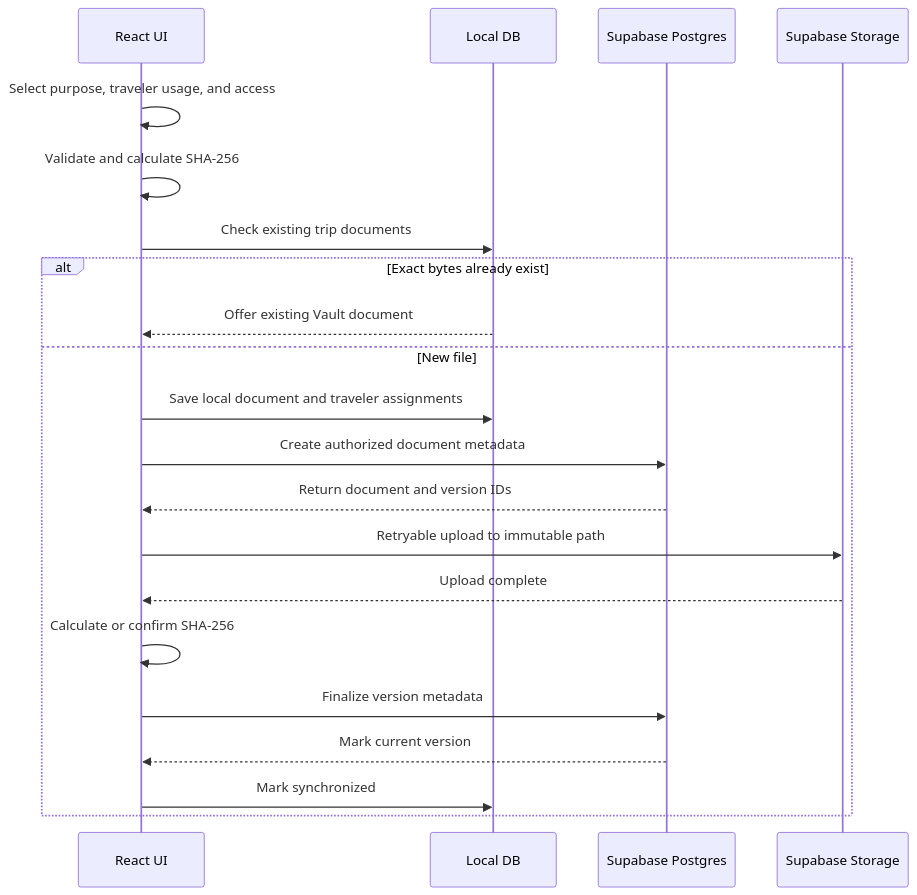
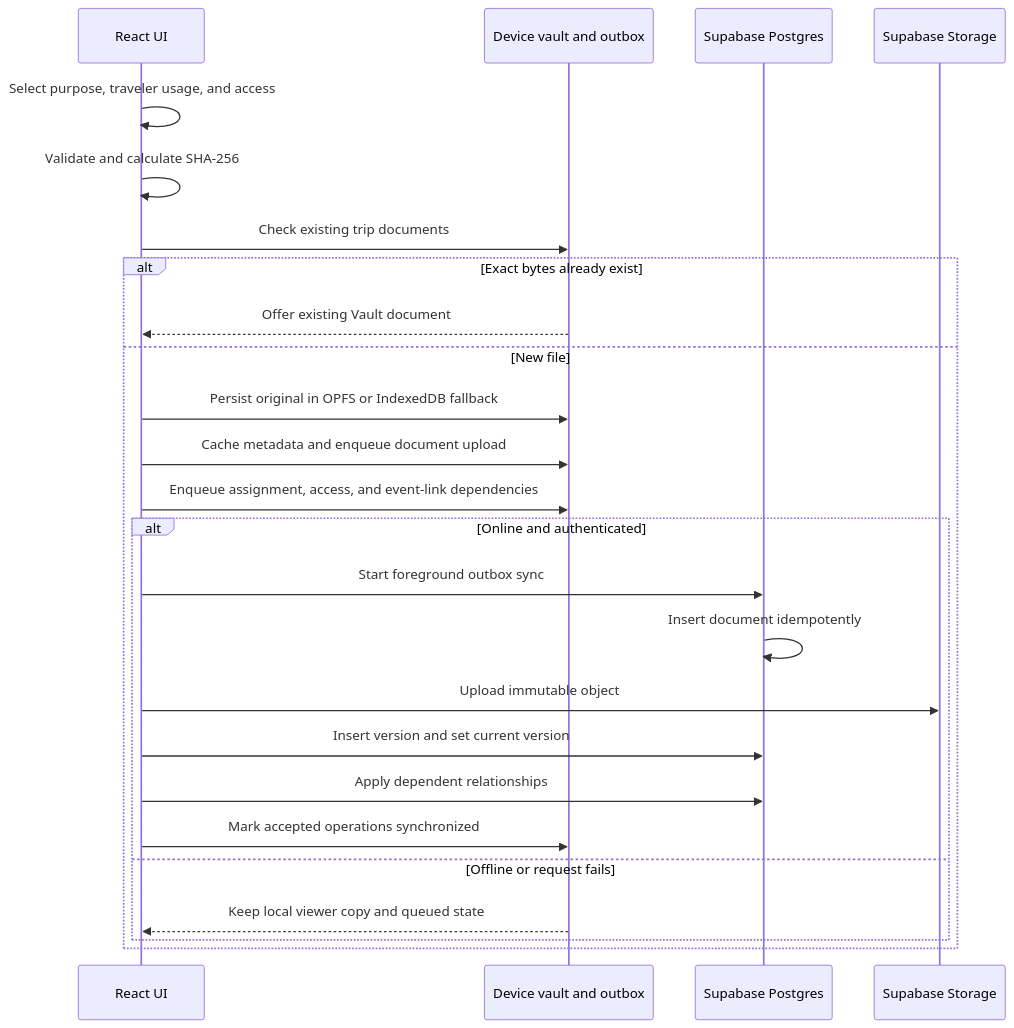
The fourth of 13 diagrams in docs/LOW_LEVEL_DESIGN.md (shantanu1258/trip-vault), drawn with Mermaid before and after one commit. The commit also changed other lines of this file and 9 other files, not shown here.

````diff
--- a/docs/LOW_LEVEL_DESIGN.md
+++ b/docs/LOW_LEVEL_DESIGN.md
@@ -954,23 +1011,27 @@
 ```mermaid
 sequenceDiagram
     participant UI as React UI
-    participant L as Local DB
+    participant L as Device vault and outbox
     participant DB as Supabase Postgres
     participant S as Supabase Storage
     UI->>UI: Select purpose, traveler usage, and access
     UI->>UI: Validate and calculate SHA-256
     UI->>L: Check existing trip documents
     alt Exact bytes already exist
       L-->>UI: Offer existing Vault document
     else New file
-    UI->>L: Save local document and traveler assignments
-    UI->>DB: Create authorized document metadata
-    DB-->>UI: Return document and version IDs
-    UI->>S: Retryable upload to immutable path
-    S-->>UI: Upload complete
-    UI->>UI: Calculate or confirm SHA-256
-    UI->>DB: Finalize version metadata
-    DB-->>UI: Mark current version
-    UI->>L: Mark synchronized
+      UI->>L: Persist original in OPFS or IndexedDB fallback
+      UI->>L: Cache metadata and enqueue document upload
+      UI->>L: Enqueue assignment, access, and event-link dependencies
+      alt Online and authenticated
+        UI->>DB: Start foreground outbox sync
+        DB->>DB: Insert document idempotently
+        UI->>S: Upload immutable object
+        UI->>DB: Insert version and set current version
+        UI->>DB: Apply dependent relationships
+        UI->>L: Mark accepted operations synchronized
+      else Offline or request fails
+        L-->>UI: Keep local viewer copy and queued state
+      end
     end
 ```
````
